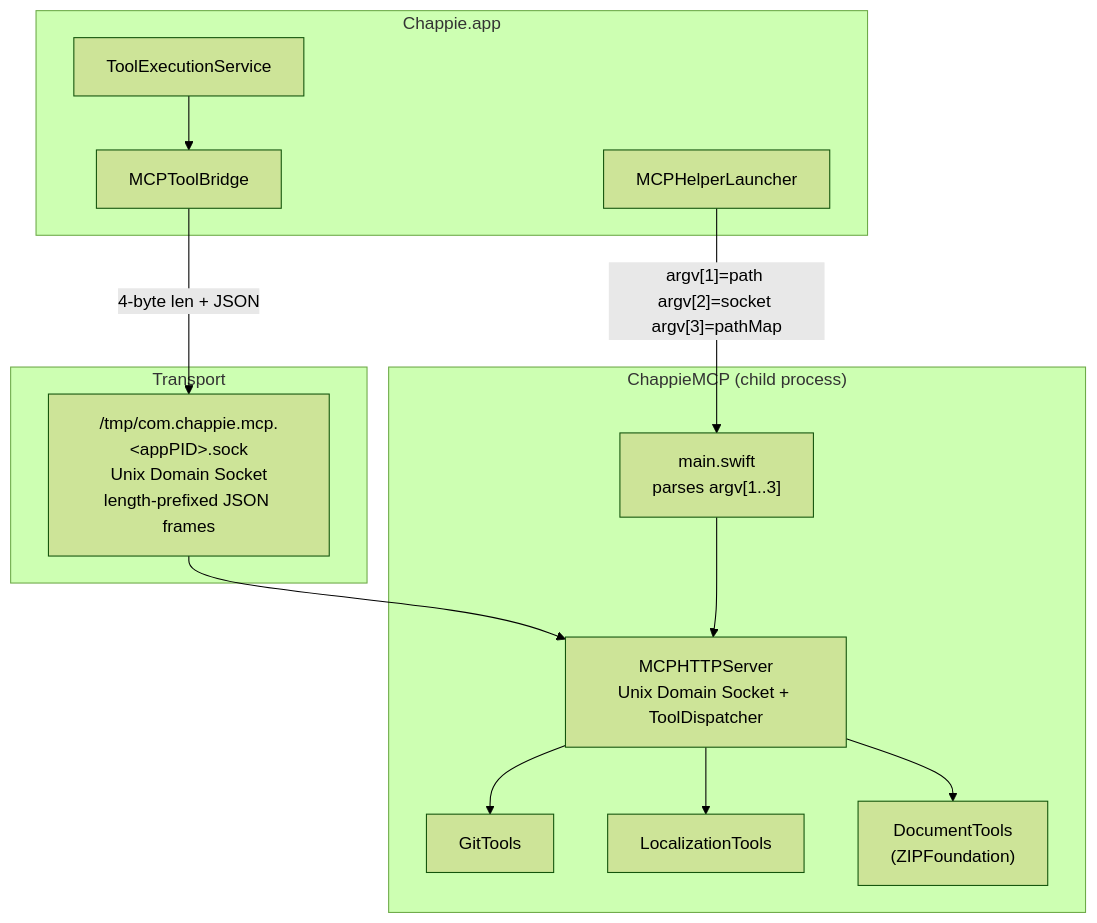
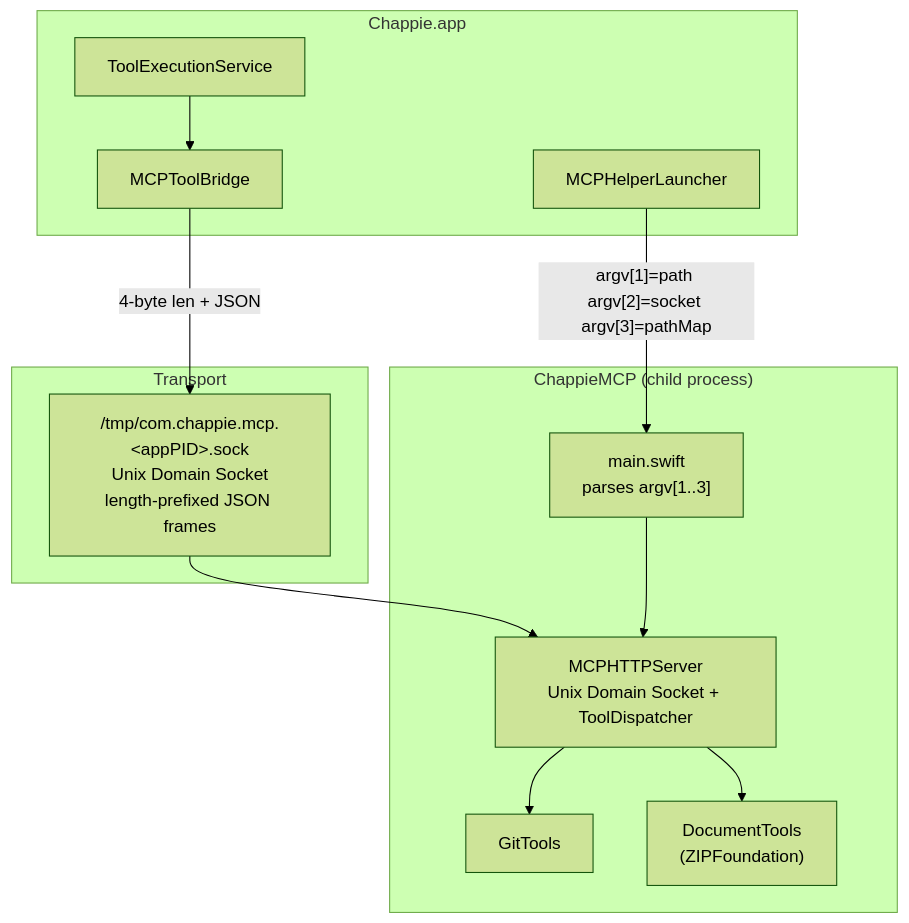
One commit to iOSIvanovS/chappieai changed the diagram in ChappieMCP/architecture.md. Above: the diagram before and after it, drawn with Mermaid (forest theme). The commit also changed other lines of this file and 36 other files, not shown here.

First line of the commit message:
Remove loc_* tools and the development environment setting

````diff
--- a/ChappieMCP/architecture.md
+++ b/ChappieMCP/architecture.md
@@ -75,29 +74,27 @@
 ```mermaid
 graph TD
     subgraph App["Chappie.app"]
         TES["ToolExecutionService"]
         Bridge["MCPToolBridge"]
         Launcher["MCPHelperLauncher"]
     end
 
     subgraph MCP["ChappieMCP (child process)"]
         Main["main.swift\nparses argv[1..3]"]
         Server["MCPHTTPServer\nUnix Domain Socket + ToolDispatcher"]
         Git["GitTools"]
-        Loc["LocalizationTools"]
         Doc["DocumentTools\n(ZIPFoundation)"]
     end
 
     subgraph Transport["Transport"]
         Socket["/tmp/com.chappie.mcp.&lt;appPID&gt;.sock\nUnix Domain Socket\nlength-prefixed JSON frames"]
     end
 
     TES --> Bridge
     Bridge -->|4-byte len + JSON| Socket
     Launcher -->|"argv[1]=path argv[2]=socket argv[3]=pathMap"| Main
     Socket --> Server
     Main --> Server
     Server --> Git
-    Server --> Loc
     Server --> Doc
 ```
````
